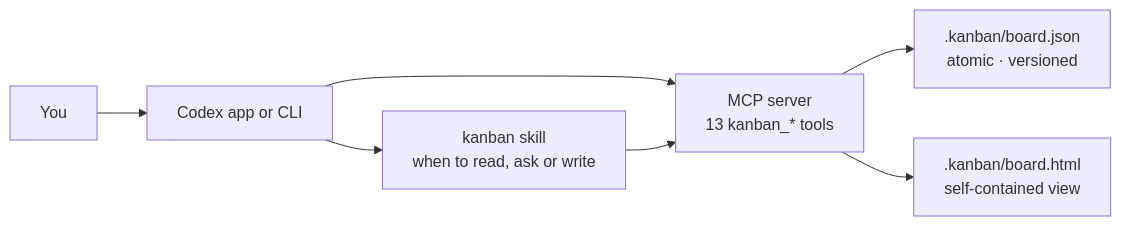
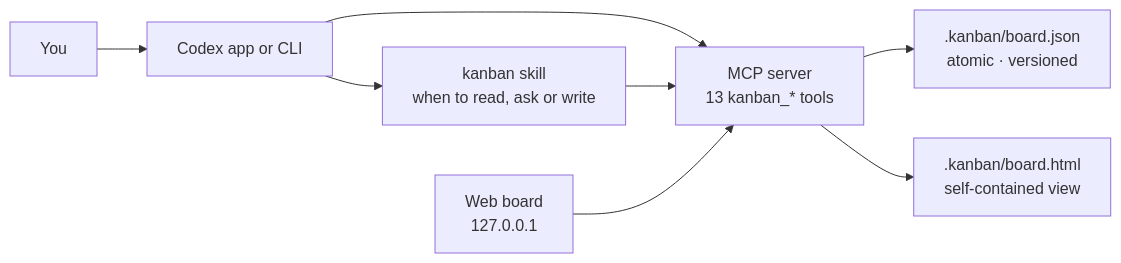
One commit to SilasSolivagus/codex-kanban changed the diagram in README.md. Above: the diagram before and after it, drawn with Mermaid. The commit also changed other lines of this file and 11 other files, not shown here.

Commit message:
feat: add a local web board on 127.0.0.1

````diff
--- a/README.md
+++ b/README.md
@@ -117,9 +137,10 @@
 ```mermaid
 flowchart LR
   U[You] --> A[Codex app or CLI]
   A --> S[kanban skill<br/>when to read, ask or write]
   A --> M[MCP server<br/>13 kanban_* tools]
   S --> M
+  W[Web board<br/>127.0.0.1] --> M
   M --> B[".kanban/board.json<br/>atomic · versioned"]
   M --> H[".kanban/board.html<br/>self-contained view"]
 ```
````
